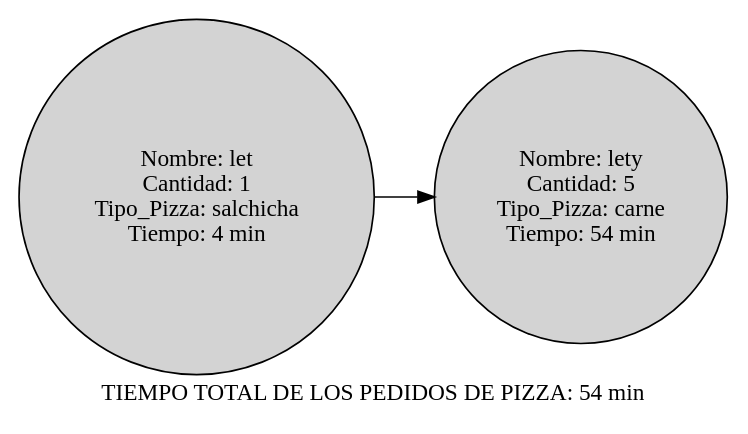
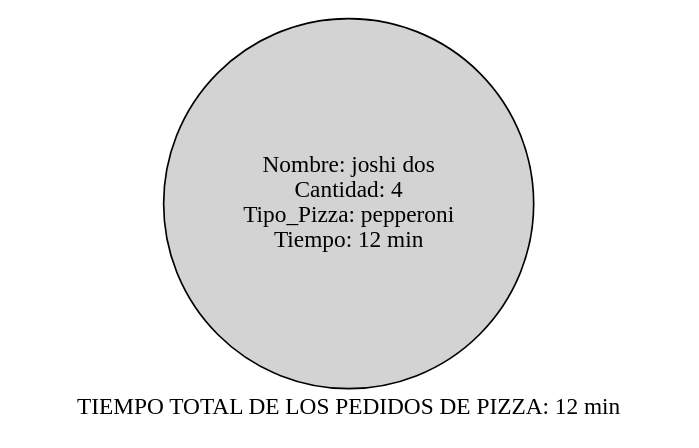
The diagram in graphviz.dot (Letttttt/IPC2_Practica1_201807389), drawn with Graphviz before and after one commit. The commit also changed 3 other files, not shown here.

```diff
--- a/graphviz.dot
+++ b/graphviz.dot
@@ -1,16 +1,13 @@
 
             digraph G{
         
             rankdir = LR
+           
 
             node [margin=0 shape=circle style=filled]
-            Nodo1[label="Nombre: let
-Cantidad: 1
-Tipo_Pizza: salchicha
-Tiempo: 4 min"];
-Nodo2[label="Nombre: lety
-Cantidad: 5
-Tipo_Pizza: carne
-Tiempo: 54 min"];
-Nodo1->Nodo2;label = "TIEMPO TOTAL DE LOS PEDIDOS DE PIZZA: 54 min"
+            Nodo1[label="Nombre: joshi dos
+Cantidad: 4
+Tipo_Pizza: pepperoni
+Tiempo: 12 min"];
+label = "TIEMPO TOTAL DE LOS PEDIDOS DE PIZZA: 12 min"
             }
```
